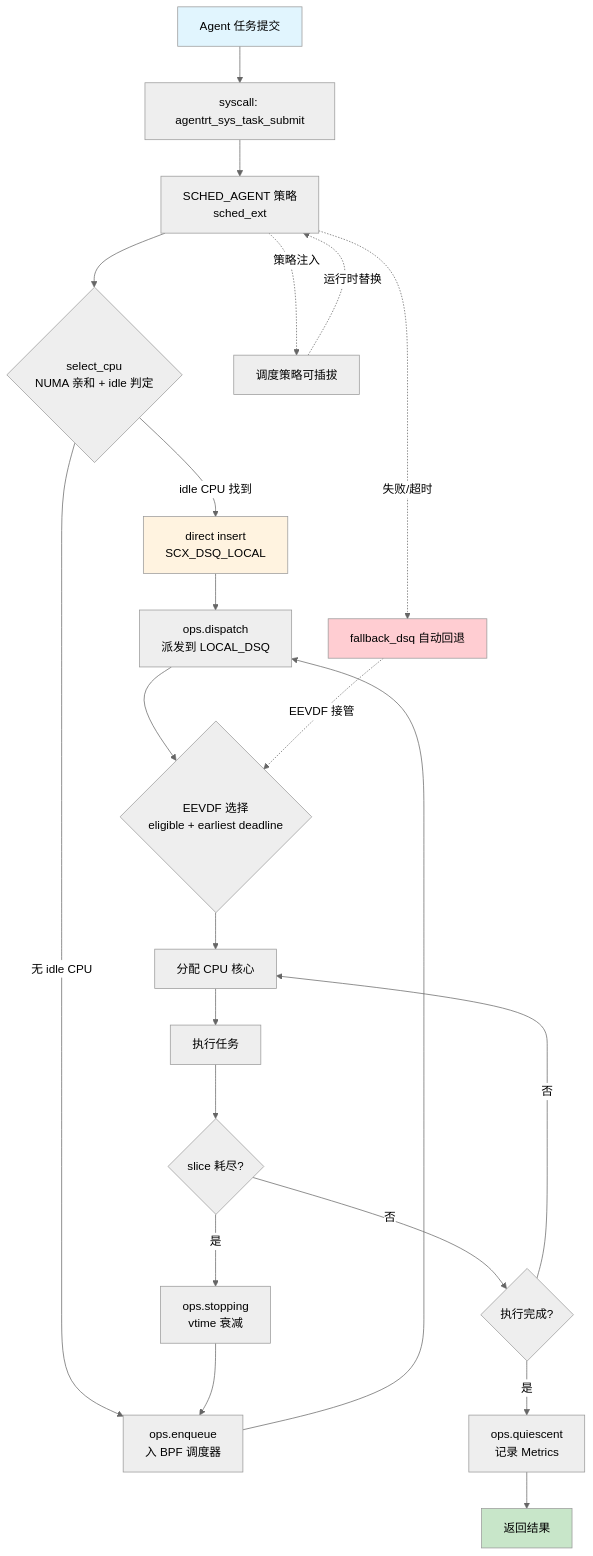
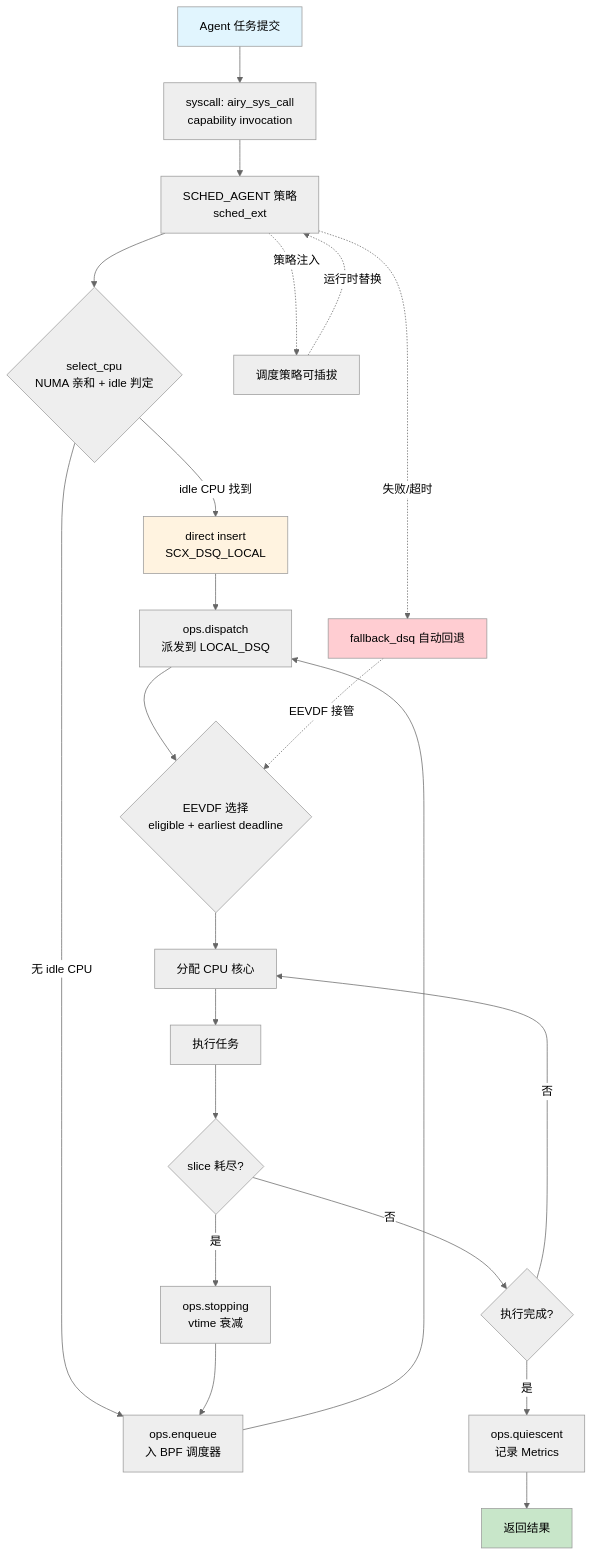
Before and after one commit to openairymax/docs-linux: the first of 6 diagrams in 40-dataflows/04-scheduling-flow.md, drawn with Mermaid (neutral theme). The commit also changed other lines of this file and 132 other files, not shown here.

Commit message:
chore: 完成全项目命名空间从agentrt到airy的统一替换 本次提交完成了代码库中所有`agentrt_`相关命名空间、宏定义、标识符的统一替换，改为`airy_`前缀，同时完成了部分文档的排版优化与路径修正： 1. 替换了所有API函数、结构体、宏定义的命名前缀 2. 更新了文档中的示例代码与引用路径

````diff
--- a/40-dataflows/04-scheduling-flow.md
+++ b/40-dataflows/04-scheduling-flow.md
@@ -47,33 +47,33 @@
 ```mermaid
 flowchart TD
-    A[Agent 任务提交] --> B[syscall: agentrt_sys_task_submit]
+    A[Agent 任务提交] --> B[syscall: airy_sys_call<br/>capability invocation]
     B --> C[SCHED_AGENT 策略<br/>sched_ext]
     C --> D{select_cpu<br/>NUMA 亲和 + idle 判定}
     D -->|idle CPU 找到| E[direct insert<br/>SCX_DSQ_LOCAL]
     D -->|无 idle CPU| F[ops.enqueue<br/>入 BPF 调度器]
     E --> G[ops.dispatch<br/>派发到 LOCAL_DSQ]
     F --> G
     G --> H{EEVDF 选择<br/>eligible + earliest deadline}
     H --> I[分配 CPU 核心]
     I --> J[执行任务]
     J --> K{slice 耗尽?}
     K -->|是| L[ops.stopping<br/>vtime 衰减]
     K -->|否| M{执行完成?}
     L --> F
     M -->|是| N[ops.quiescent<br/>记录 Metrics]
     M -->|否| I
     N --> O[返回结果]
     
     P[调度策略可插拔]
     C -.策略注入.-> P
     P -.运行时替换.-> C
     
     Q[fallback_dsq 自动回退]
     C -.失败/超时.-> Q
     Q -.EEVDF 接管.-> H
     
     style A fill:#e1f5fe
     style E fill:#fff3e0
     style O fill:#c8e6c9
     style Q fill:#ffcdd2
 ```
````
